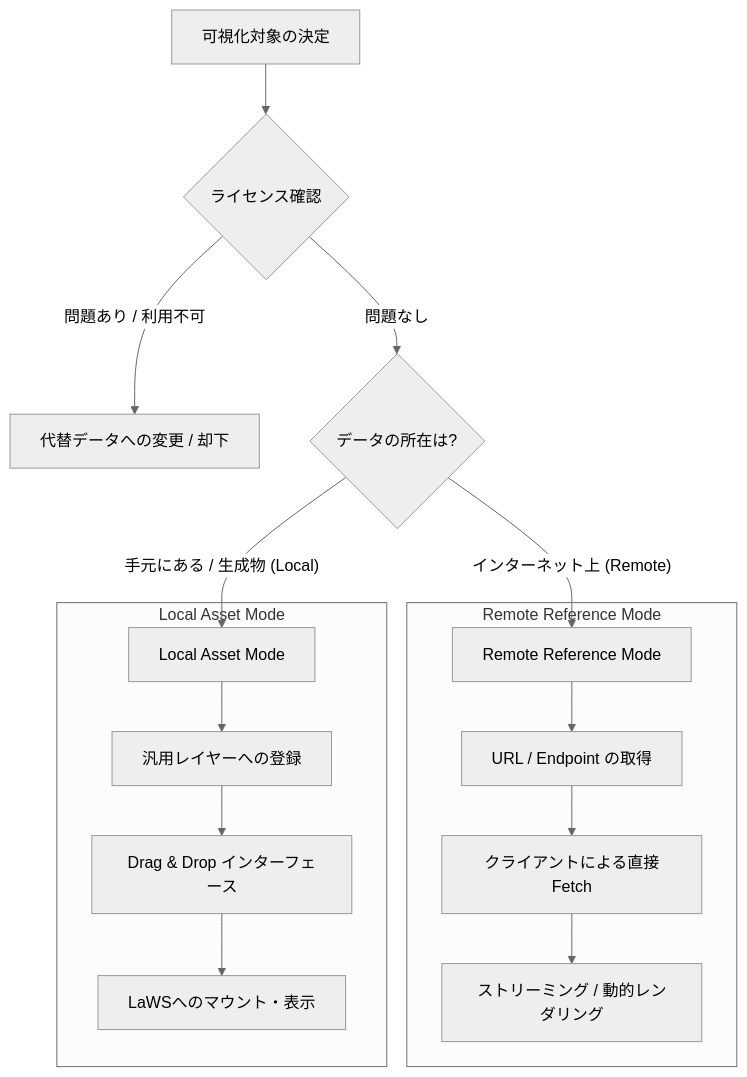
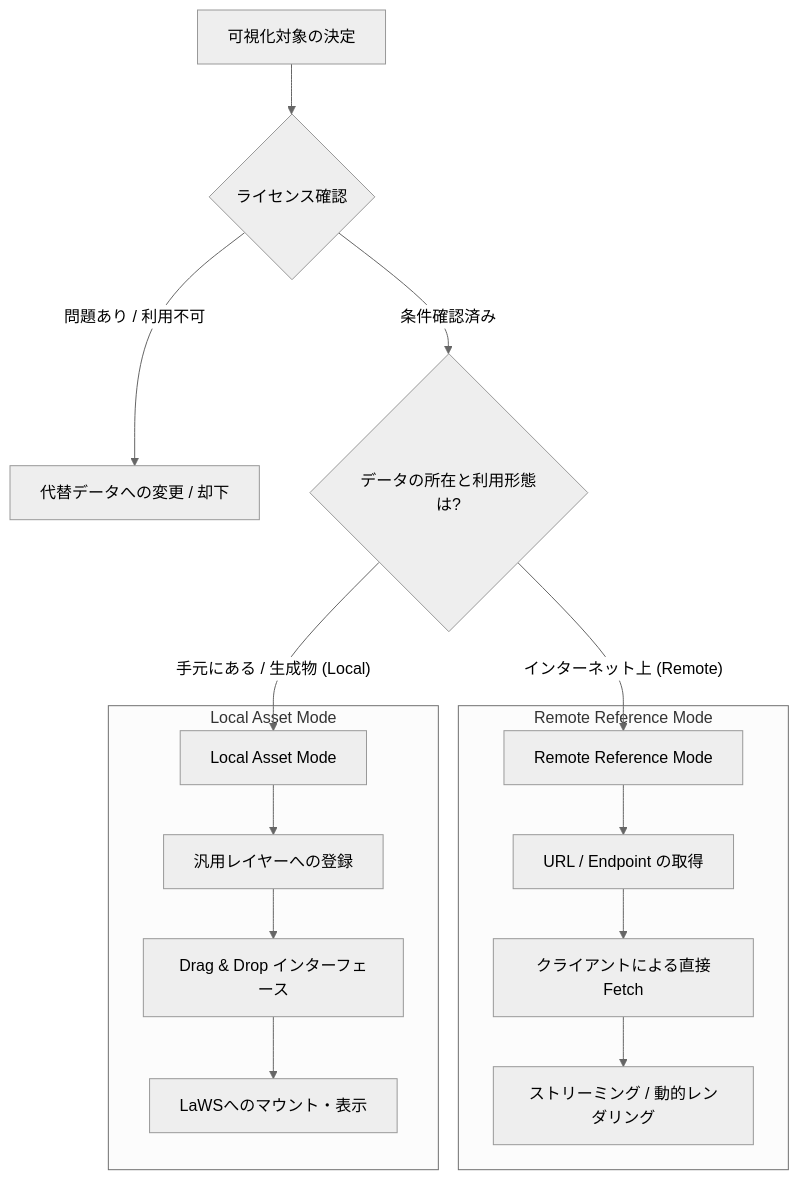
One commit to kusariya/hl-layer-creator changed the diagram in skills/hl-layer-creator/references/data_source_architecture.md. Above: the diagram before and after it, drawn with Mermaid (neutral theme). The commit also changed other lines of this file and 7 other files, not shown here.

First line of the commit message:
Refactor architecture documentation and data source guidelines for HLA

````diff
--- a/skills/hl-layer-creator/references/data_source_architecture.md
+++ b/skills/hl-layer-creator/references/data_source_architecture.md
@@ -9,21 +9,21 @@
 ```mermaid
 graph TD
     A[可視化対象の決定] --> B{ライセンス確認}
     B -- 問題あり / 利用不可 --> C[代替データへの変更 / 却下]
-    B -- 問題なし --> D{データの所在は?}
+    B -- 条件確認済み --> D{データの所在と利用形態は?}
     
     D -- インターネット上 (Remote) --> E[Remote Reference Mode]
     D -- 手元にある / 生成物 (Local) --> F[Local Asset Mode]
 
     subgraph "Remote Reference Mode"
     E --> G[URL / Endpoint の取得]
     G --> H[クライアントによる直接Fetch]
     H --> I[ストリーミング / 動的レンダリング]
     end
 
     subgraph "Local Asset Mode"
     F --> J[汎用レイヤーへの登録]
     J --> K[Drag & Drop インターフェース]
     K --> L[LaWSへのマウント・表示]
     end
 ```
````
